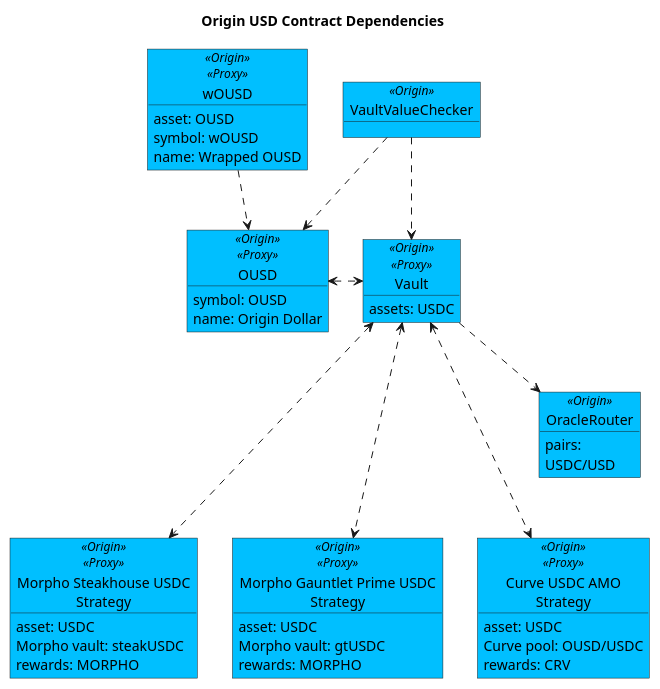
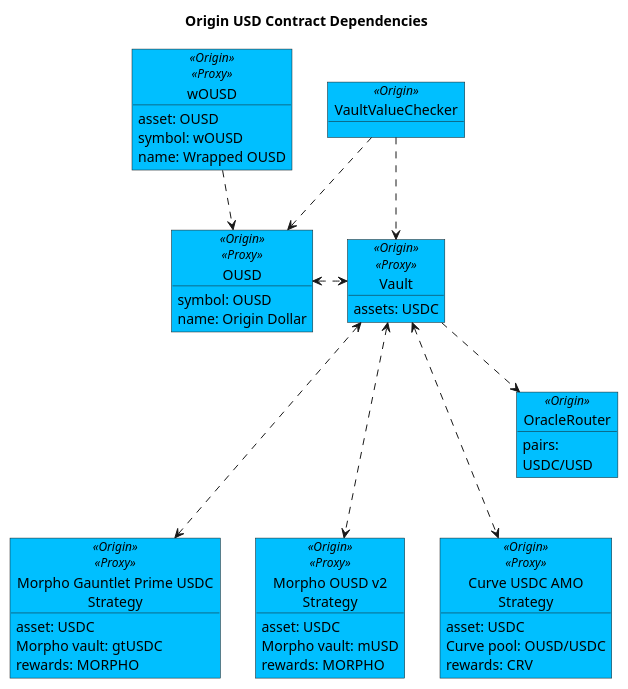
Before and after one commit to OriginProtocol/origin-dollar: the diagram in contracts/docs/plantuml/ousdContracts.puml, drawn with PlantUML. The commit also changed 1 other file, not shown here.

Commit message:
Updated OUSD contract diagram

```diff
--- a/contracts/docs/plantuml/ousdContracts.puml
+++ b/contracts/docs/plantuml/ousdContracts.puml
@@ -1,59 +1,59 @@
 @startuml
 
 title "Origin USD Contract Dependencies"
 
 object "VaultValueChecker" as checker <<Origin>> #DeepSkyBlue {
 }
 
 object "wOUSD" as wousd <<Origin>><<Proxy>> #DeepSkyBlue {
     asset: OUSD
     symbol: wOUSD
     name: Wrapped OUSD
 }
 
 object "OUSD" as ousd <<Origin>><<Proxy>> #DeepSkyBlue {
     symbol: OUSD
     name: Origin Dollar
 }
 
 object "Vault" as vault <<Origin>><<Proxy>> #DeepSkyBlue {
     assets: USDC 
 }
 
 ' Strategies
-object "Morpho Steakhouse USDC\nStrategy" as steakUSDC <<Origin>><<Proxy>> #DeepSkyBlue {
-    asset: USDC
-    Morpho vault: steakUSDC
-    rewards: MORPHO
-}
 object "Morpho Gauntlet Prime USDC\nStrategy" as gtUSDC <<Origin>><<Proxy>> #DeepSkyBlue {
     asset: USDC
     Morpho vault: gtUSDC
+    rewards: MORPHO
+}
+object "Morpho OUSD v2\nStrategy" as musd <<Origin>><<Proxy>> #DeepSkyBlue {
+    asset: USDC
+    Morpho vault: mUSD
     rewards: MORPHO
 }
 object "Curve USDC AMO\nStrategy" as curveAmoStrat <<Origin>><<Proxy>> #DeepSkyBlue {
     asset: USDC
     Curve pool: OUSD/USDC
     rewards: CRV
 }
 
 ' Oracle
 object "OracleRouter" as oracle <<Origin>> #DeepSkyBlue {
 pairs:
     USDC/USD
 }
 
 checker ..> ousd
 checker ..> vault
 
 wousd ..> ousd
 ousd <.> vault
 vault ..> oracle
 
 ' Strategies
-vault <...> steakUSDC
 vault <...> gtUSDC
+vault <...> musd
 vault <...> curveAmoStrat
 
 
 @enduml
```
